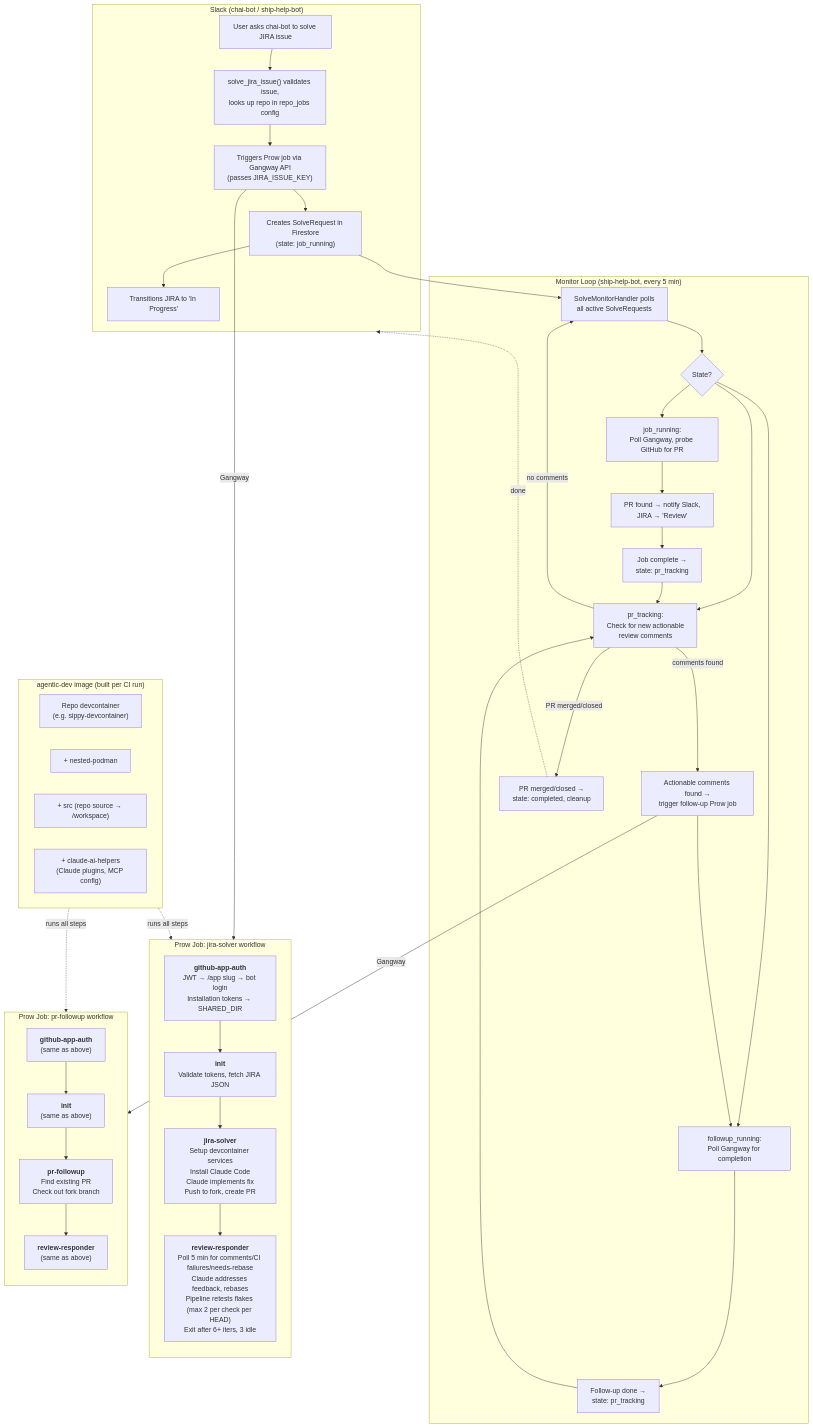
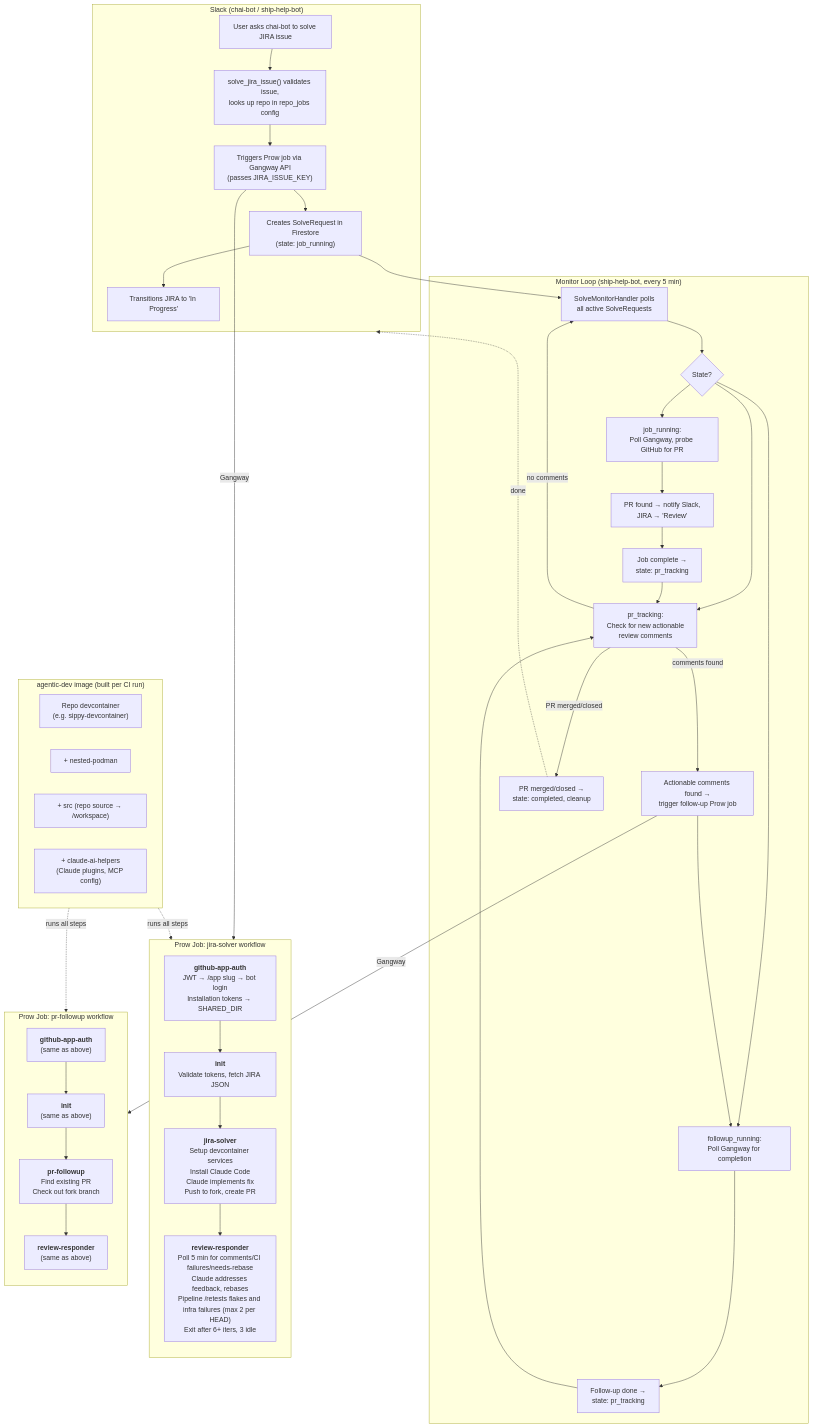
Before and after one commit to openshift/release: the first of 2 diagrams in ci-operator/step-registry/openshift/agentic/trt/ARCHITECTURE.md, drawn with Mermaid. The commit also changed other lines of this file and 2 other files, not shown here.

Commit message:
TRT review-responder: post /retest and retry failed retests
- Post a single /retest (Prow reruns every failing job) when a failing
  Prow check is classified as flake or infrastructure, at most twice per
  HEAD.
- post_retests now fails on an unreadable classification file, comment
  history, or post failure, and the evaluated-CI key is only recorded
  after it succeeds, so a transient failure is retried.
- Reuse history_rewritten in push_current_branch.
- Do not reference a specific skill step in the CI prompt.

````diff
--- a/ci-operator/step-registry/openshift/agentic/trt/ARCHITECTURE.md
+++ b/ci-operator/step-registry/openshift/agentic/trt/ARCHITECTURE.md
@@ -7,69 +7,69 @@
 ```mermaid
 flowchart TD
     subgraph slack["Slack (chai-bot / ship-help-bot)"]
         A[User asks chai-bot to solve JIRA issue]
         B["solve_jira_issue() validates issue,<br/>looks up repo in repo_jobs config"]
         C["Triggers Prow job via Gangway API<br/>(passes JIRA_ISSUE_KEY)"]
         D["Creates SolveRequest in Firestore<br/>(state: job_running)"]
         E["Transitions JIRA to 'In Progress'"]
     end
 
     subgraph monitor["Monitor Loop (ship-help-bot, every 5 min)"]
         M1["SolveMonitorHandler polls<br/>all active SolveRequests"]
         M2{"State?"}
         M3["job_running:<br/>Poll Gangway, probe GitHub for PR"]
         M4["PR found → notify Slack,<br/>JIRA → 'Review'"]
         M5["Job complete →<br/>state: pr_tracking"]
         M6["pr_tracking:<br/>Check for new actionable<br/>review comments"]
         M7["Actionable comments found →<br/>trigger follow-up Prow job"]
         M8["followup_running:<br/>Poll Gangway for completion"]
         M9["Follow-up done →<br/>state: pr_tracking"]
         M10["PR merged/closed →<br/>state: completed, cleanup"]
     end
 
     subgraph solve_job["Prow Job: jira-solver workflow"]
         direction TB
         S1["<b>github-app-auth</b><br/>JWT → /app slug → bot login<br/>Installation tokens → SHARED_DIR"]
         S2["<b>init</b><br/>Validate tokens, fetch JIRA JSON"]
         S3["<b>jira-solver</b><br/>Setup devcontainer services<br/>Install Claude Code<br/>Claude implements fix<br/>Push to fork, create PR"]
-        S4["<b>review-responder</b><br/>Poll 5 min for comments/CI failures/needs-rebase<br/>Claude addresses feedback, rebases<br/>Pipeline retests flakes (max 2 per check per HEAD)<br/>Exit after 6+ iters, 3 idle"]
+        S4["<b>review-responder</b><br/>Poll 5 min for comments/CI failures/needs-rebase<br/>Claude addresses feedback, rebases<br/>Pipeline /retests flakes and infra failures (max 2 per HEAD)<br/>Exit after 6+ iters, 3 idle"]
         S1 --> S2 --> S3 --> S4
     end
 
     subgraph followup_job["Prow Job: pr-followup workflow"]
         direction TB
         F1["<b>github-app-auth</b><br/>(same as above)"]
         F2["<b>init</b><br/>(same as above)"]
         F3["<b>pr-followup</b><br/>Find existing PR<br/>Check out fork branch"]
         F4["<b>review-responder</b><br/>(same as above)"]
         F1 --> F2 --> F3 --> F4
     end
 
     subgraph image["agentic-dev image (built per CI run)"]
         I1["Repo devcontainer<br/>(e.g. sippy-devcontainer)"]
         I2["+ nested-podman"]
         I3["+ src (repo source → /workspace)"]
         I4["+ claude-ai-helpers<br/>(Claude plugins, MCP config)"]
     end
 
     A --> B --> C --> D --> E
     C -->|"Gangway"| solve_job
     D --> M1
     M1 --> M2
     M2 --> M3
     M2 --> M6
     M2 --> M8
     M3 --> M4 --> M5
     M5 --> M6
     M6 -->|"no comments"| M1
     M6 -->|"comments found"| M7
     M6 -->|"PR merged/closed"| M10
     M7 -->|"Gangway"| followup_job
     M7 --> M8
     M8 --> M9
     M9 --> M6
     M10 -.->|"done"| slack
 
     image -.->|"runs all steps"| solve_job
     image -.->|"runs all steps"| followup_job
 ```
````
